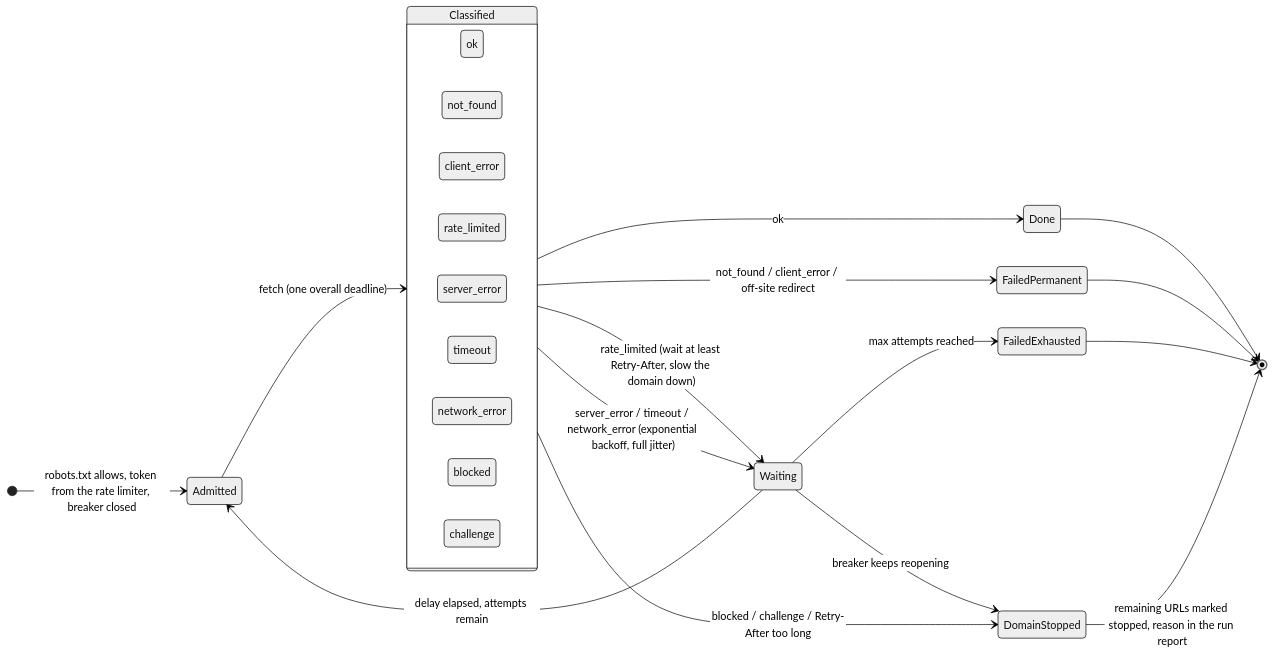
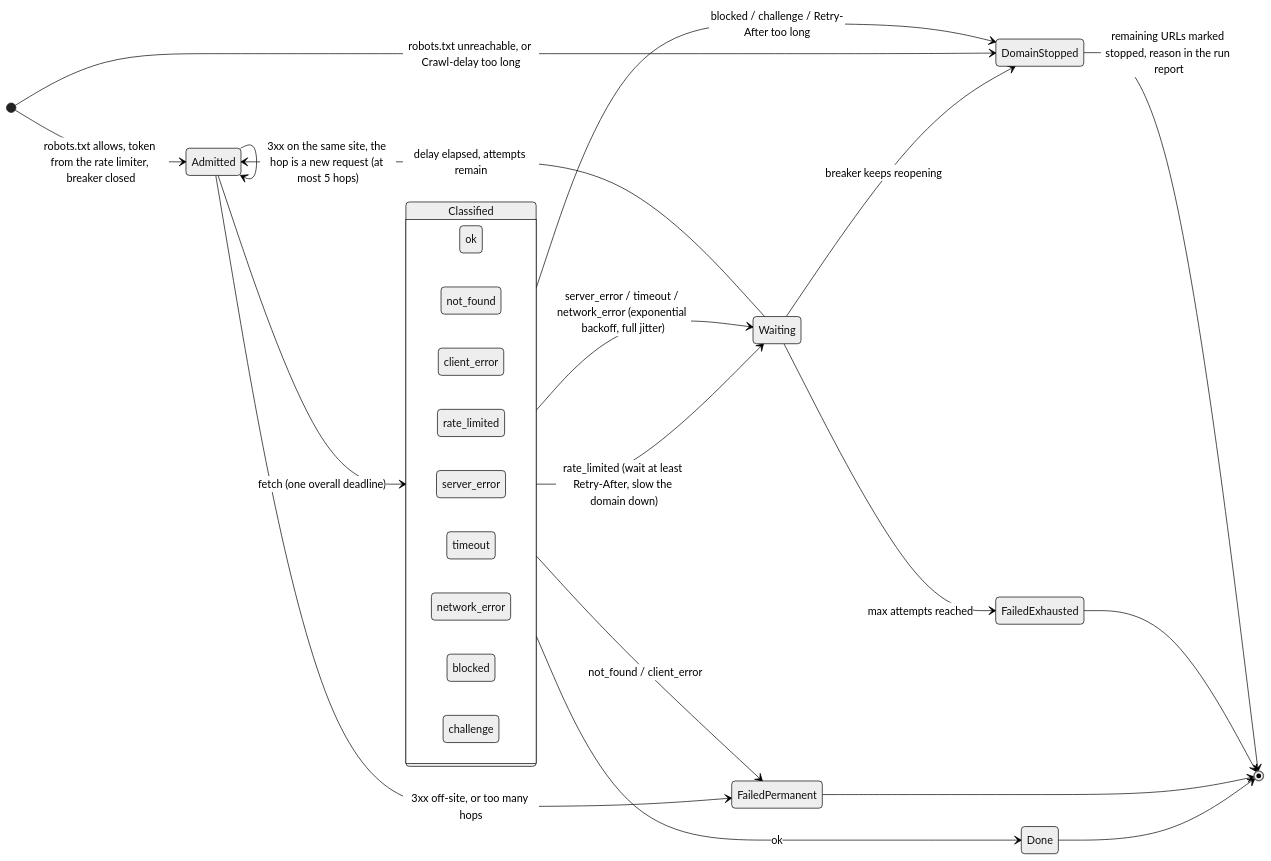
The second of 2 diagrams in README.md (TTB8/resilient-scraping-pipeline), drawn with Mermaid (neutral theme) before and after one commit. The commit also changed other lines of this file and 6 other files, not shown here.

````diff
--- a/README.md
+++ b/README.md
@@ -63,33 +68,36 @@
 ```mermaid
 stateDiagram-v2
     direction LR
     [*] --> Admitted: robots.txt allows, token from the rate limiter, breaker closed
     Admitted --> Classified: fetch (one overall deadline)
+    Admitted --> Admitted: 3xx on the same site, the hop is a new request (at most 5 hops)
+    Admitted --> FailedPermanent: 3xx off-site, or too many hops
 
     state Classified {
         direction LR
         ok
         not_found
         client_error
         rate_limited
         server_error
         timeout
         network_error
         blocked
         challenge
     }
 
     Classified --> Done: ok
-    Classified --> FailedPermanent: not_found / client_error / off-site redirect
+    Classified --> FailedPermanent: not_found / client_error
     Classified --> Waiting: rate_limited (wait at least Retry-After, slow the domain down)
     Classified --> Waiting: server_error / timeout / network_error (exponential backoff, full jitter)
     Waiting --> Admitted: delay elapsed, attempts remain
     Waiting --> FailedExhausted: max attempts reached
     Classified --> DomainStopped: blocked / challenge / Retry-After too long
     Waiting --> DomainStopped: breaker keeps reopening
+    [*] --> DomainStopped: robots.txt unreachable, or Crawl-delay too long
 
     Done --> [*]
     FailedPermanent --> [*]
     FailedExhausted --> [*]
     DomainStopped --> [*]: remaining URLs marked stopped, reason in the run report
 ```
````
